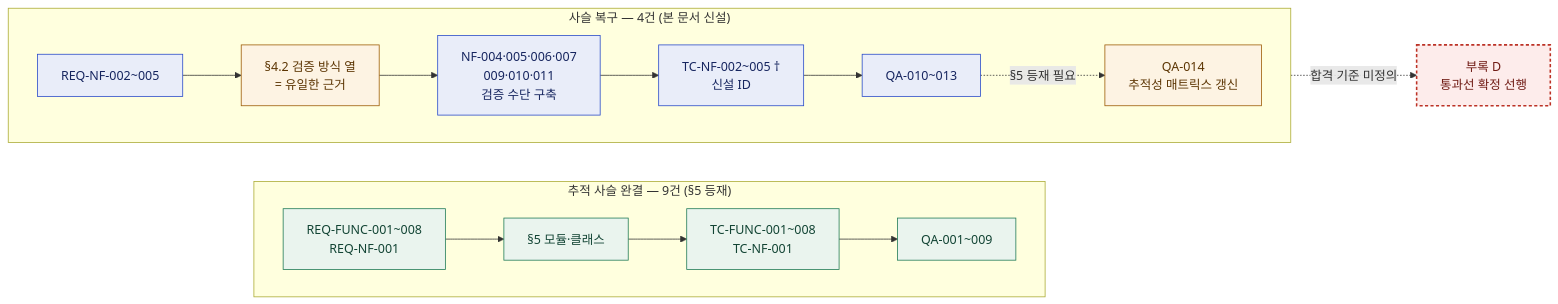
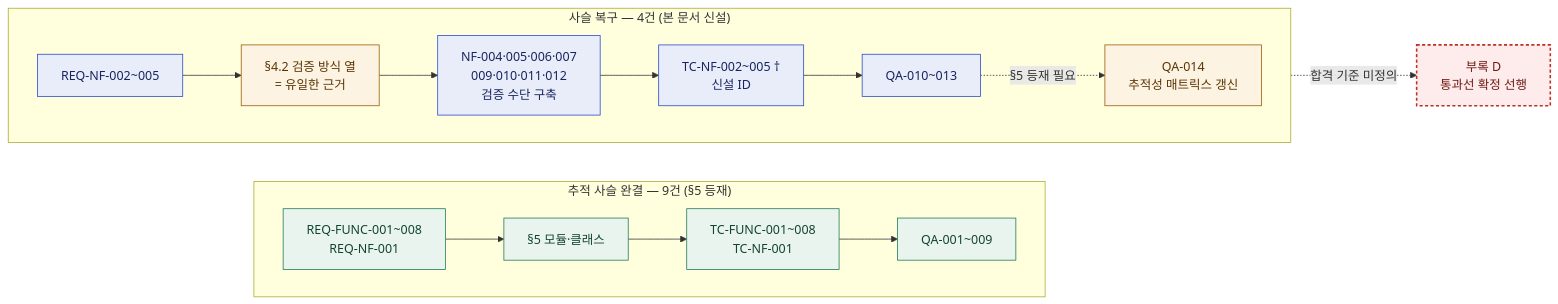
The sixth of 6 diagrams in TASKS-adtech-mvp-v1.0.md (STERNYUL/AI_PLACE_MATE), drawn with Mermaid before and after one commit. The commit also changed other lines of this file and 10 other files, not shown here.

````diff
--- a/TASKS-adtech-mvp-v1.0.md
+++ b/TASKS-adtech-mvp-v1.0.md
@@ -479,25 +638,25 @@
 ```mermaid
 flowchart LR
   subgraph OK["추적 사슬 완결 — 9건 (§5 등재)"]
     direction LR
     R1["REQ-FUNC-001~008<br/>REQ-NF-001"] --> M1["§5 모듈·클래스"] --> T1["TC-FUNC-001~008<br/>TC-NF-001"] --> Q1["QA-001~009"]
   end
   subgraph FIX["사슬 복구 — 4건 (본 문서 신설)"]
     direction LR
     R2["REQ-NF-002~005"] --> V2["§4.2 검증 방식 열<br/>= 유일한 근거"]
-    V2 --> N2["NF-004·005·006·007<br/>009·010·011<br/>검증 수단 구축"]
+    V2 --> N2["NF-004·005·006·007<br/>009·010·011·012<br/>검증 수단 구축"]
     N2 --> T2["TC-NF-002~005 †<br/>신설 ID"]
     T2 --> Q2["QA-010~013"]
     Q2 -.->|"§5 등재 필요"| U2["QA-014<br/>추적성 매트릭스 갱신"]
   end
   T2 -.->|"합격 기준 미정의"| GAP["부록 D<br/>통과선 확정 선행"]
 
   classDef ok fill:#eaf4ee,stroke:#1e7a55,color:#124434
   classDef fix fill:#e9edf9,stroke:#2749c9,color:#16255f
   classDef warn fill:#fdf3e3,stroke:#9c5a05,color:#5c3503
   classDef gap fill:#fdeceb,stroke:#bc3226,stroke-width:2px,stroke-dasharray:4 3,color:#6f1a13
   class R1,M1,T1,Q1 ok
   class R2,N2,T2,Q2 fix
   class V2,U2 warn
   class GAP gap
 ```
````
